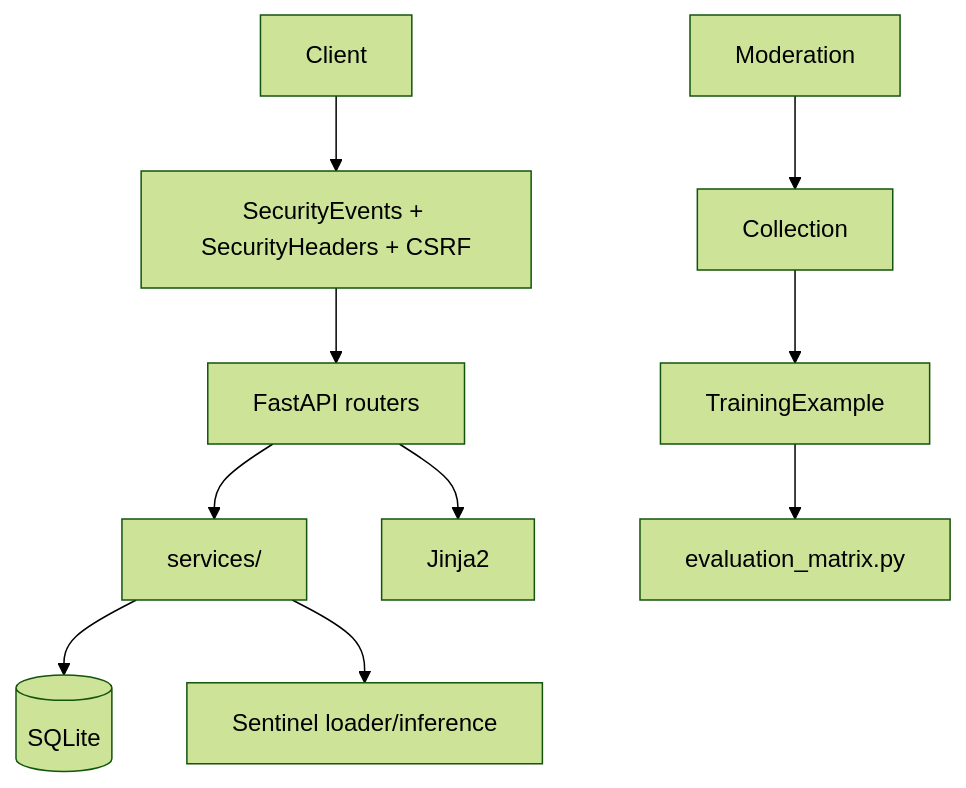
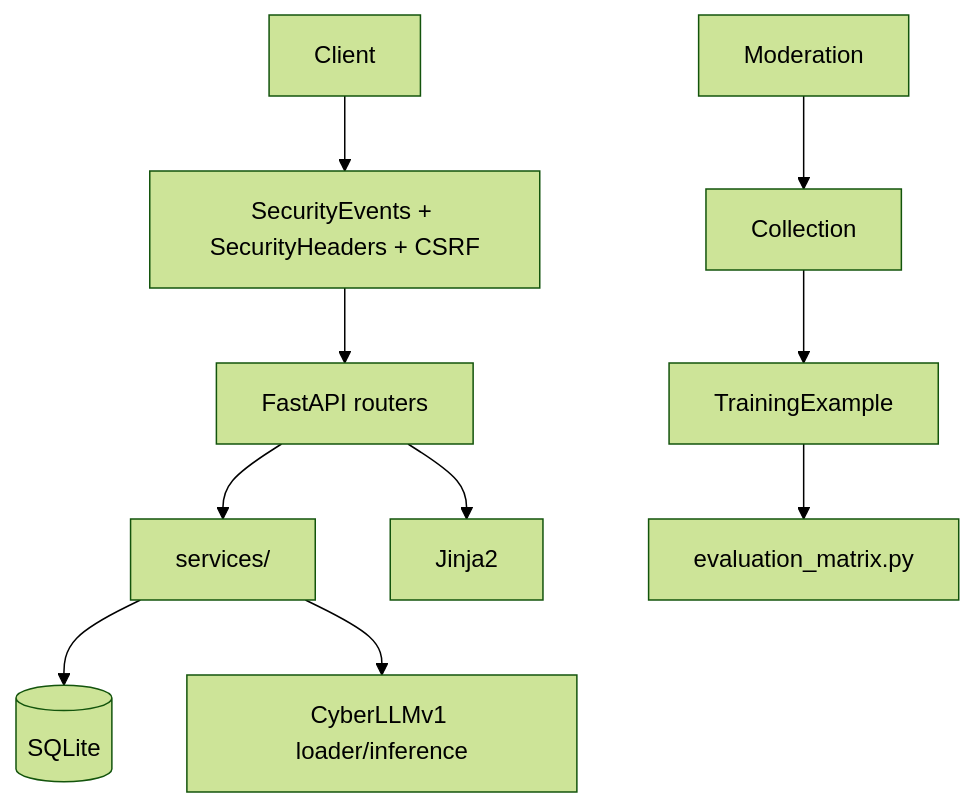
One commit to UchihaTheGOD/SentientAI changed the diagram in README.md. Above: the diagram before and after it, drawn with Mermaid (forest theme). The commit also changed other lines of this file and 3 other files, not shown here.

````diff
--- a/README.md
+++ b/README.md
@@ -59,11 +67,11 @@
 ```mermaid
 graph TD
   Client --> Middleware[SecurityEvents + SecurityHeaders + CSRF]
   Middleware --> Routers[FastAPI routers]
   Routers --> Services[services/]
   Services --> DB[(SQLite)]
-  Services --> Sentinel[Sentinel loader/inference]
+  Services --> CyberLLMv1[CyberLLMv1 loader/inference]
   Routers --> Templates[Jinja2]
   Moderation --> Collection --> TrainingExample
   TrainingExample --> Evaluation[evaluation_matrix.py]
 ```
````
